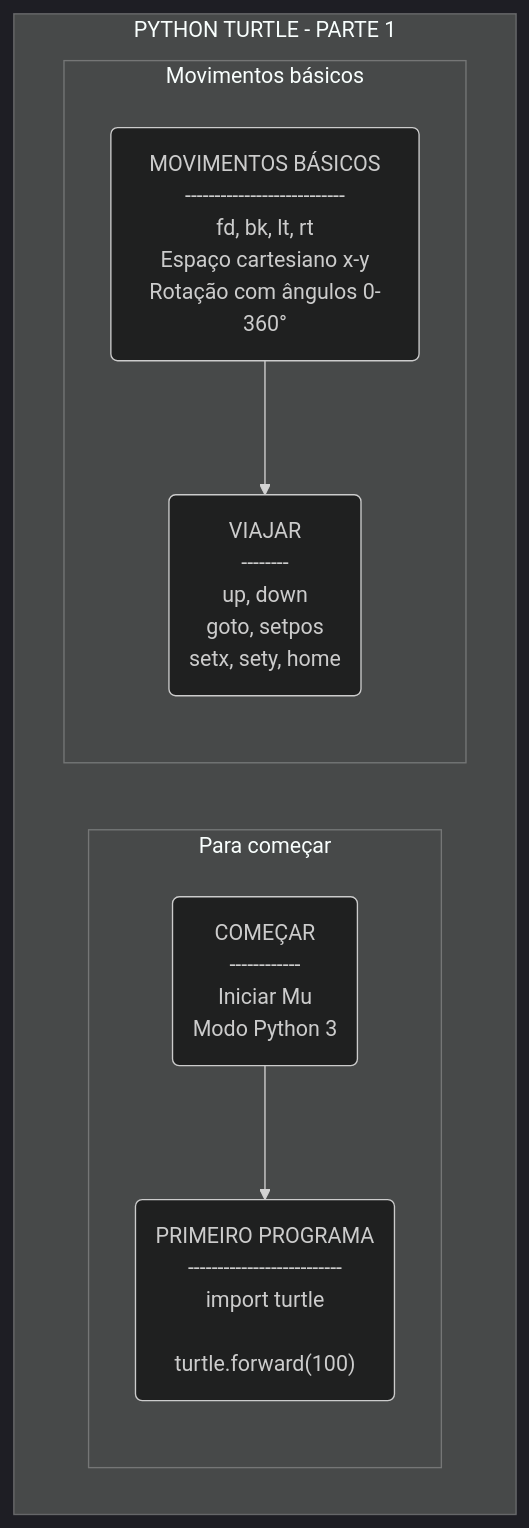
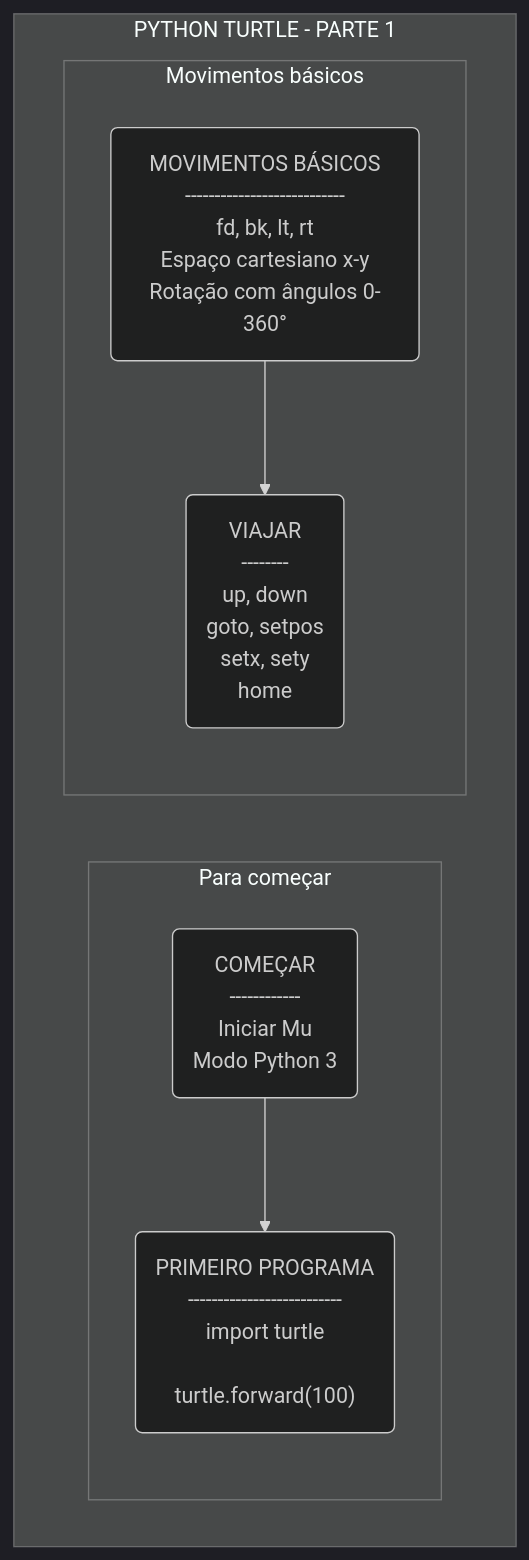
One commit to xbecas/init_python changed the third of 5 diagrams in techtree.md. Above: the diagram before and after it, drawn with Mermaid (dark theme). The commit also changed other lines of this file, not shown here.

````diff
--- a/techtree.md
+++ b/techtree.md
@@ -29,21 +35,21 @@
 ```mermaid
   graph TD
 
     subgraph "PYTHON TURTLE - PARTE 1"
 
       subgraph "Para começar"
         %% Python turtle
         Comecar("COMEÇAR<br>------------<br>Iniciar Mu<br>Modo Python 3")
         PrimeiroPrograma("PRIMEIRO PROGRAMA<br>--------------------------<br>import turtle<br><br>turtle.forward(100)")
         Comecar-->PrimeiroPrograma
       end
 
       subgraph "Movimentos básicos"
         %% Movimentos básicos
         MovimentoBasico("MOVIMENTOS BÁSICOS<br>---------------------------<br>fd, bk, lt, rt<br>Espaço cartesiano x-y<br>Rotação com ângulos 0-360°")
-        Viajar("VIAJAR<br>--------<br>up, down<br>goto, setpos<br>setx, sety, home")
+        Viajar("VIAJAR<br>--------<br>up, down<br>goto, setpos<br>setx, sety<br>home")
         MovimentoBasico-->Viajar
       end
       
     end
-```
+``` 
````
